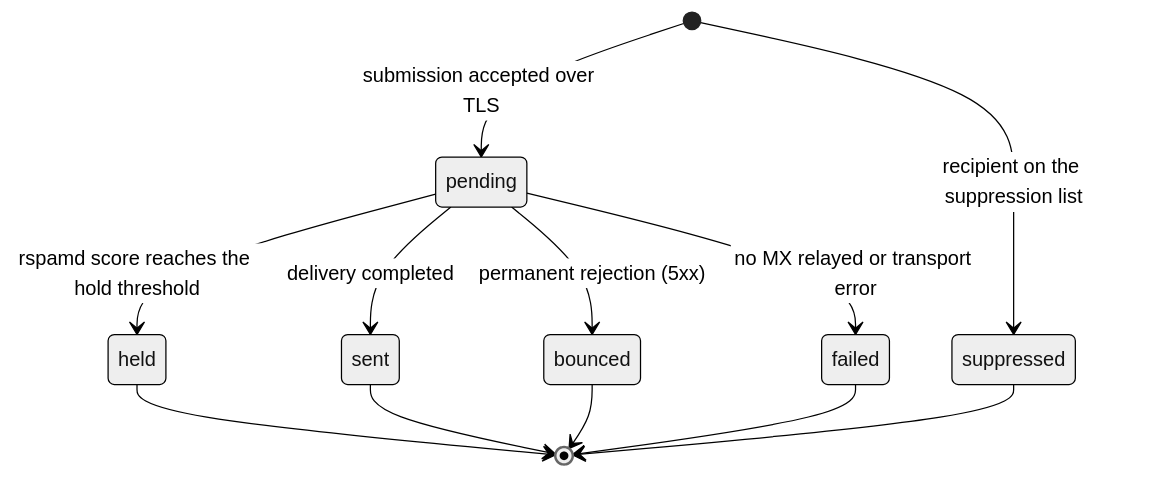
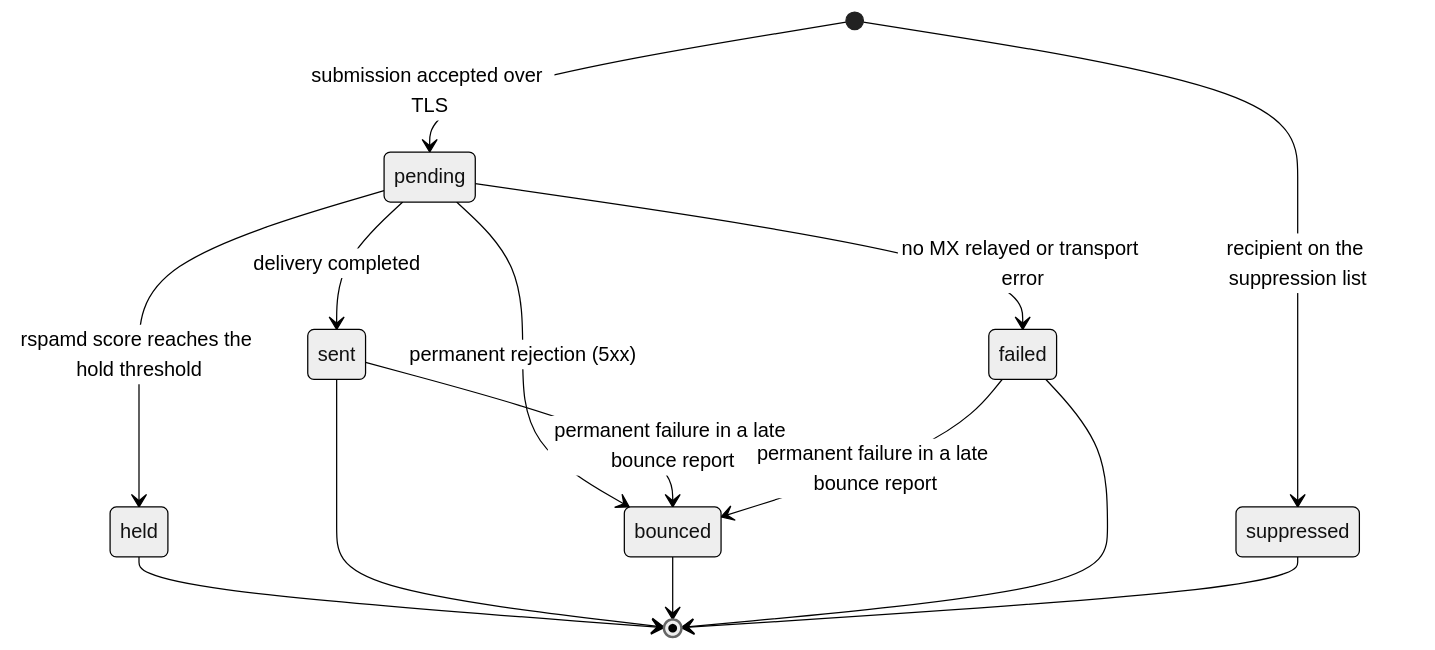
One commit to codingjoe/relay changed the first of 2 diagrams in docs/docs/message-statuses.md. Above: the diagram before and after it, drawn with Mermaid (neutral theme). The commit also changed other lines of this file and 20 other files, not shown here.

First line of the commit message:
Parse failure DSNs to mark outgoing messages bounced after acceptance

````diff
--- a/docs/docs/message-statuses.md
+++ b/docs/docs/message-statuses.md
@@ -22,16 +22,19 @@
 ```mermaid
 stateDiagram-v2
     [*] --> pending : submission accepted over TLS
     [*] --> suppressed : recipient on the suppression list
 
     pending --> held : rspamd score reaches the hold threshold
     pending --> sent : delivery completed
     pending --> bounced : permanent rejection (5xx)
     pending --> failed : no MX relayed or transport error
 
+    sent --> bounced : permanent failure in a late bounce report
+    failed --> bounced : permanent failure in a late bounce report
+
     held --> [*]
     sent --> [*]
     bounced --> [*]
     failed --> [*]
     suppressed --> [*]
 ```
````
